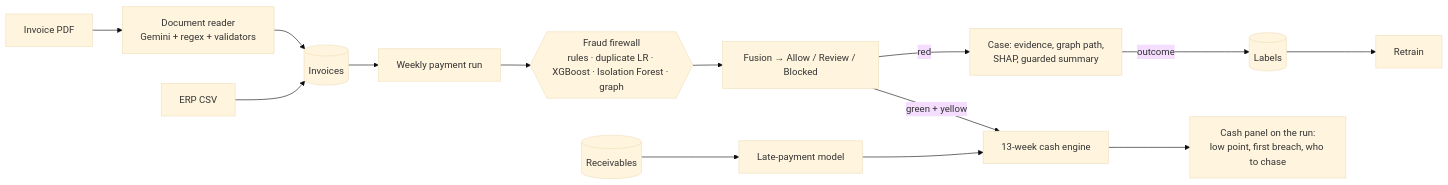
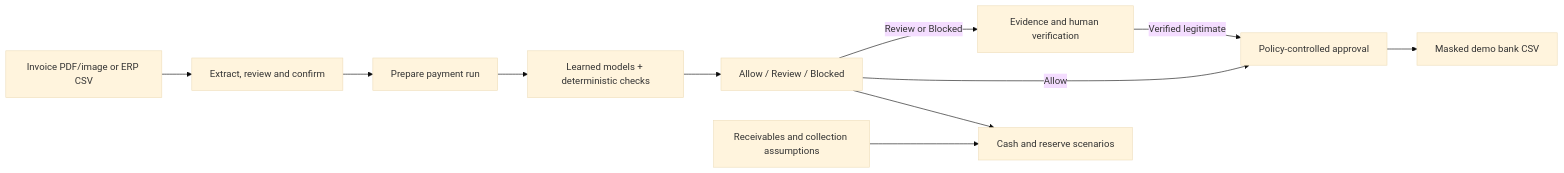
Before and after one commit to MuhammadMuthar/Nigraan: the diagram in README.md, drawn with Mermaid (base theme). The commit also changed other lines of this file and 1 other file, not shown here.

````diff
--- a/README.md
+++ b/README.md
@@ -66,12 +127,13 @@
 ```mermaid
 flowchart LR
-  PDF[Invoice PDF] --> DR[Document reader<br/>Gemini + regex + validators]
-  CSV[ERP CSV] --> INV[(Invoices)]
-  DR --> INV --> RUN[Weekly payment run]
-  RUN --> FW{{Fraud firewall<br/>rules · duplicate LR · XGBoost · Isolation Forest · graph}}
-  FW --> FUSE[Fusion → Allow / Review / Blocked]
-  FUSE -->|red| CASE[Case: evidence, graph path,<br/>SHAP, guarded summary]
-  CASE -->|outcome| LBL[(Labels)] --> RT[Retrain]
-  REC[(Receivables)] --> LATE[Late-payment model] --> CASH[13-week cash engine]
-  FUSE -->|green + yellow| CASH --> PANEL[Cash panel on the run:<br/>low point, first breach, who to chase]
+    INPUT[Invoice PDF/image or ERP CSV] --> REVIEW[Extract, review and confirm]
+    REVIEW --> RUN[Prepare payment run]
+    RUN --> SCORE[Learned models + deterministic checks]
+    SCORE --> DECISION[Allow / Review / Blocked]
+    DECISION -->|Review or Blocked| CASE[Evidence and human verification]
+    DECISION -->|Allow| APPROVAL[Policy-controlled approval]
+    CASE -->|Verified legitimate| APPROVAL
+    DECISION --> CASH[Cash and reserve scenarios]
+    RECEIPTS[Receivables and collection assumptions] --> CASH
+    APPROVAL --> EXPORT[Masked demo bank CSV]
 ```
````
